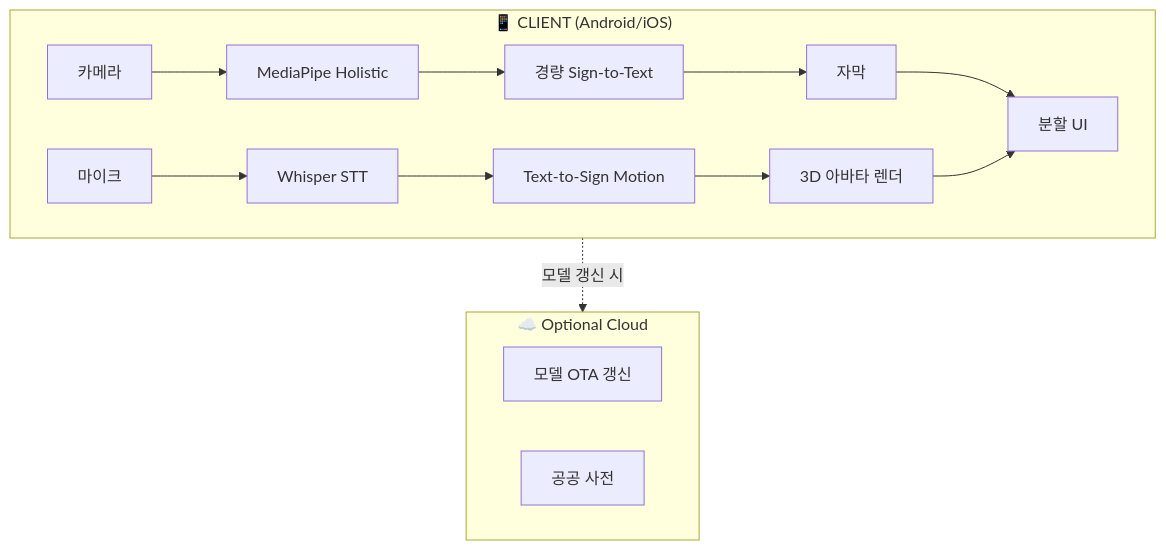
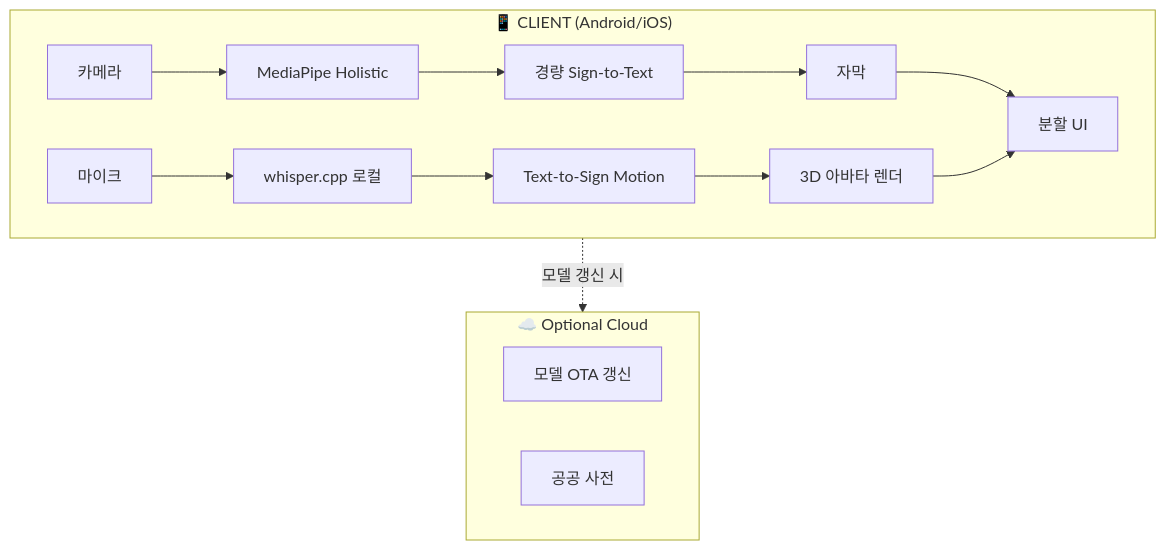
The second of 2 diagrams in _여분_현대오토에버_수어톡/제안서.md (iamywl/contest_archive), drawn with Mermaid before and after one commit. The commit also changed other lines of this file, not shown here.

First line of the commit message:
Refactor 수어톡 제안서: 'OpenAI Whisper' → whisper.cpp / MLX Whisper 명시

````diff
--- a/_여분_현대오토에버_수어톡/제안서.md
+++ b/_여분_현대오토에버_수어톡/제안서.md
@@ -219,20 +219,20 @@
 ```mermaid
 flowchart TB
     subgraph CLIENT["📱 CLIENT (Android/iOS)"]
         CAM[카메라] --> HOL[MediaPipe Holistic]
         HOL --> SIGN[경량 Sign-to-Text]
-        MIC[마이크] --> WSP[Whisper STT]
+        MIC[마이크] --> WSP[whisper.cpp 로컬]
         WSP --> G2S[Text-to-Sign Motion]
         G2S --> AVA[3D 아바타 렌더]
         SIGN --> CAP[자막]
         CAP --> UI[분할 UI]
         AVA --> UI
     end
 
     subgraph SERVER["☁️ Optional Cloud"]
         MODEL[모델 OTA 갱신]
         DICT[공공 사전]
     end
 
     CLIENT -.모델 갱신 시.-> SERVER
 ```
````
